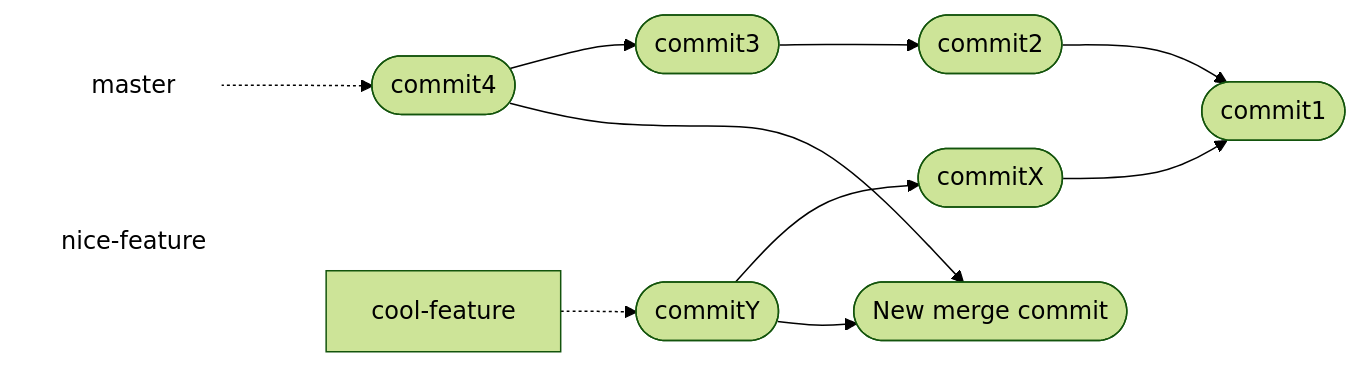
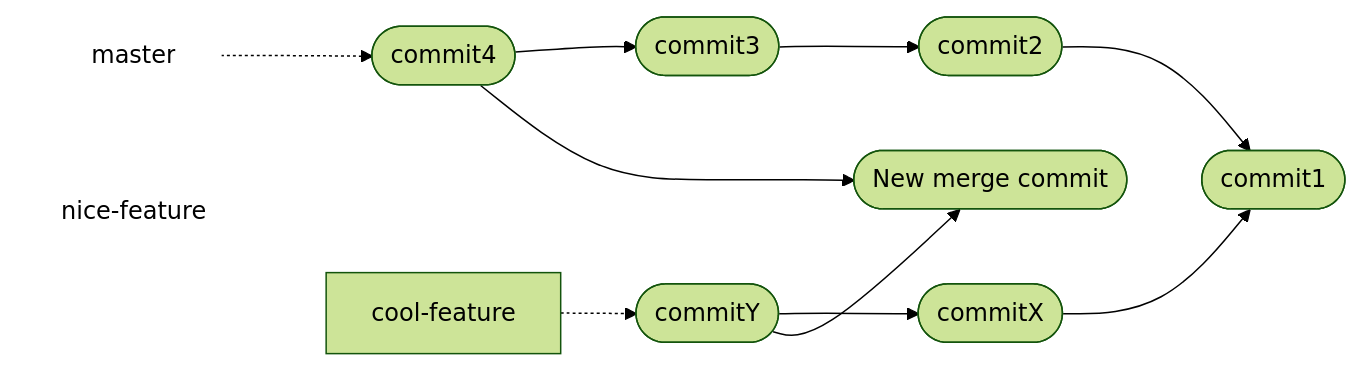
The fourth of 9 diagrams in docs/branches.md (hpc2n/course-intro-git), drawn with Mermaid (forest theme) before and after one commit. The commit also changed other lines of this file, not shown here.

Commit message:
Trying to get the order correct in the mermaid diagram

````diff
--- a/docs/branches.md
+++ b/docs/branches.md
@@ -352,26 +352,26 @@
 ```mermaid
 graph LR
 
+  commit4Y(["New merge commit"])
   master["master"]
   style master fill:#ffffff,stroke:#ffffff
   nice-feature["nice-feature"]
   style nice-feature fill:#ffffff,stroke:#ffffff
 
   commitX(["commitX"])
   commit1(["commit1"])
   commit2(["commit2"])
   commitY(["commitY"])
   commit3(["commit3"])
   commit4(["commit4"])
-  commit4Y(["New merge commit"])
 
   master -.-> commit4
   commit4 --> commit3
   commit4 --> commit4Y
   cool-feature -.-> commitY
   commit3 --> commit2
   commit2 --> commit1
   commitY --> commitX
   commitY --> commit4Y
   commitX --> commit1
 ```
````
